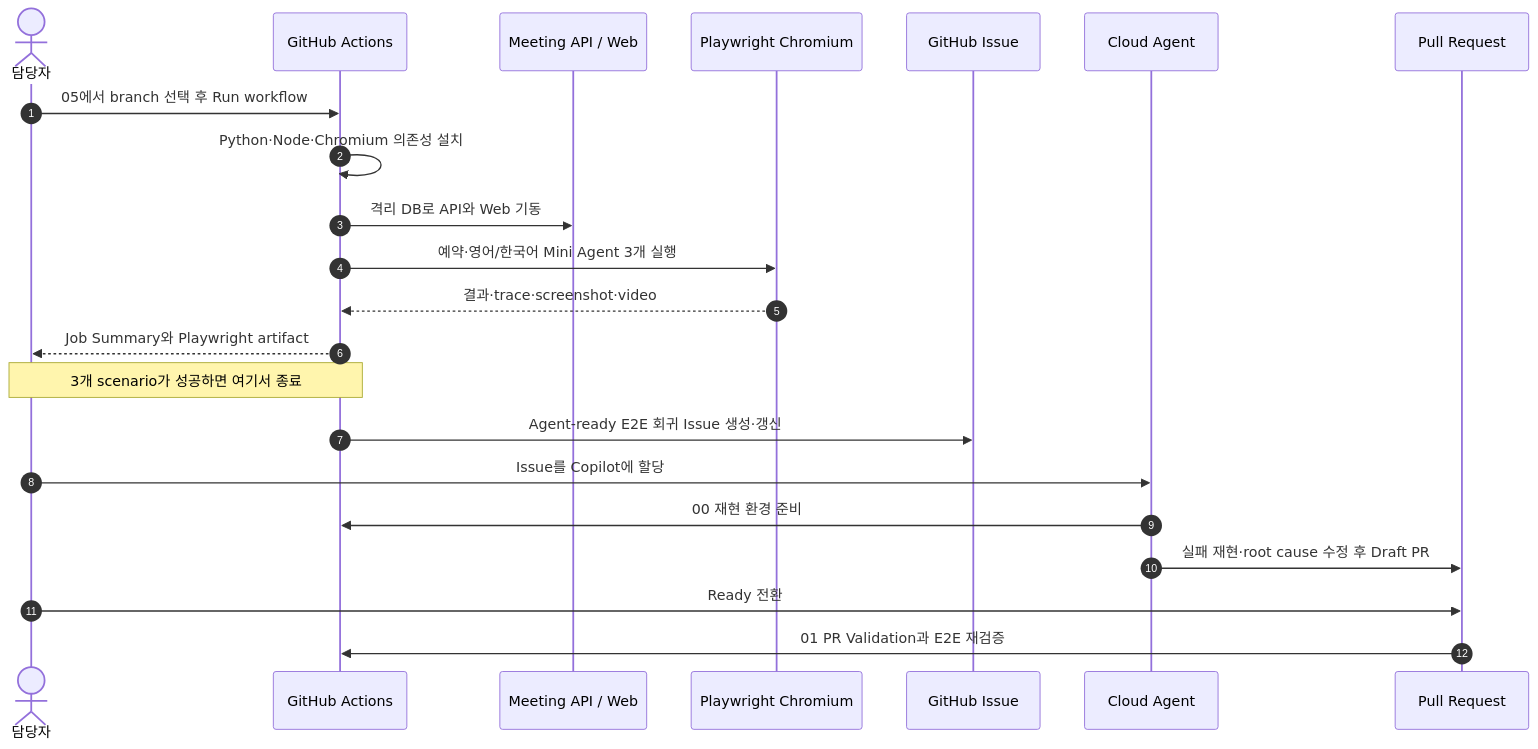
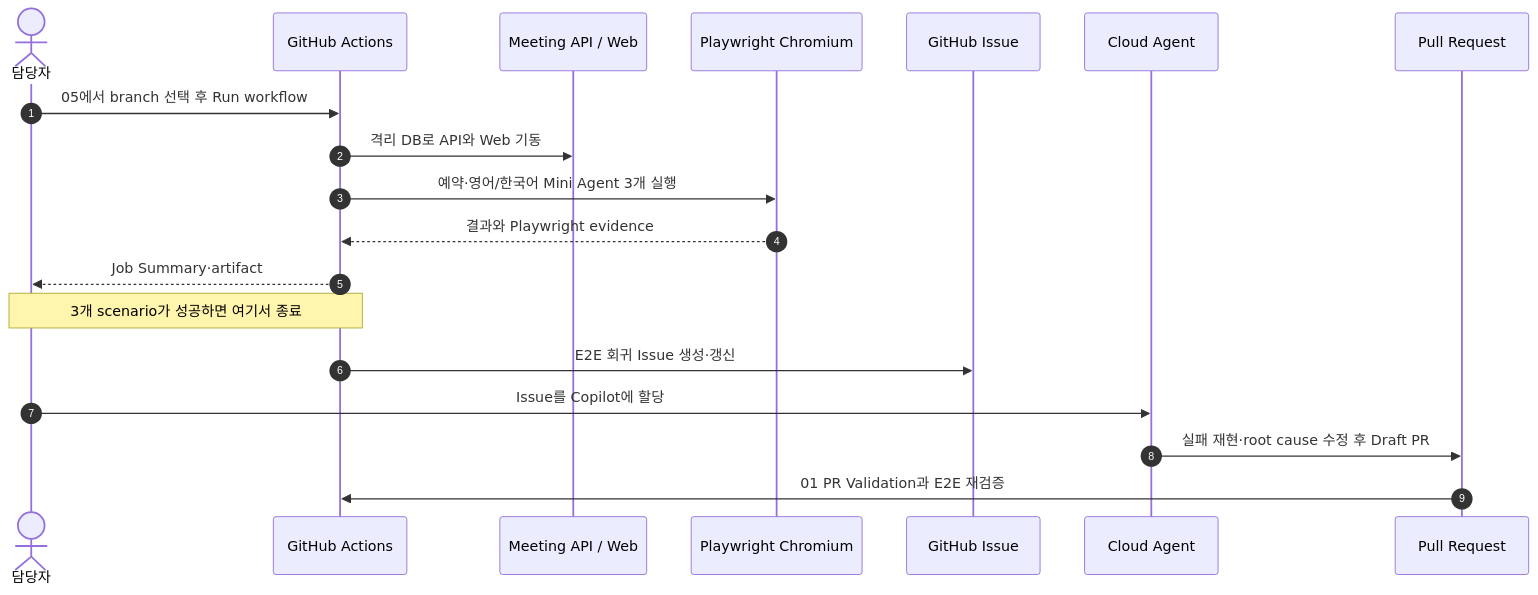
One commit to hijigoo/dev-agent-workflow changed the fourth of 4 diagrams in README.md. Above: the diagram before and after it, drawn with Mermaid. The commit also changed other lines of this file, not shown here.

First line of the commit message:
docs: condense Actions workflow guidance

````diff
--- a/README.md
+++ b/README.md
@@ -222,25 +152,22 @@
 ```mermaid
 sequenceDiagram
     autonumber
     actor Human as 담당자
     participant Actions as GitHub Actions
     participant App as Meeting API / Web
     participant Browser as Playwright Chromium
     participant Issue as GitHub Issue
     participant Agent as Cloud Agent
     participant PR as Pull Request
 
     Human->>Actions: 05에서 branch 선택 후 Run workflow
-    Actions->>Actions: Python·Node·Chromium 의존성 설치
     Actions->>App: 격리 DB로 API와 Web 기동
     Actions->>Browser: 예약·영어/한국어 Mini Agent 3개 실행
-    Browser-->>Actions: 결과·trace·screenshot·video
-    Actions-->>Human: Job Summary와 Playwright artifact
+    Browser-->>Actions: 결과와 Playwright evidence
+    Actions-->>Human: Job Summary·artifact
     Note over Human,Actions: 3개 scenario가 성공하면 여기서 종료
-    Actions->>Issue: Agent-ready E2E 회귀 Issue 생성·갱신
+    Actions->>Issue: E2E 회귀 Issue 생성·갱신
     Human->>Agent: Issue를 Copilot에 할당
-    Agent->>Actions: 00 재현 환경 준비
     Agent->>PR: 실패 재현·root cause 수정 후 Draft PR
-    Human->>PR: Ready 전환
     PR->>Actions: 01 PR Validation과 E2E 재검증
 ```
````
